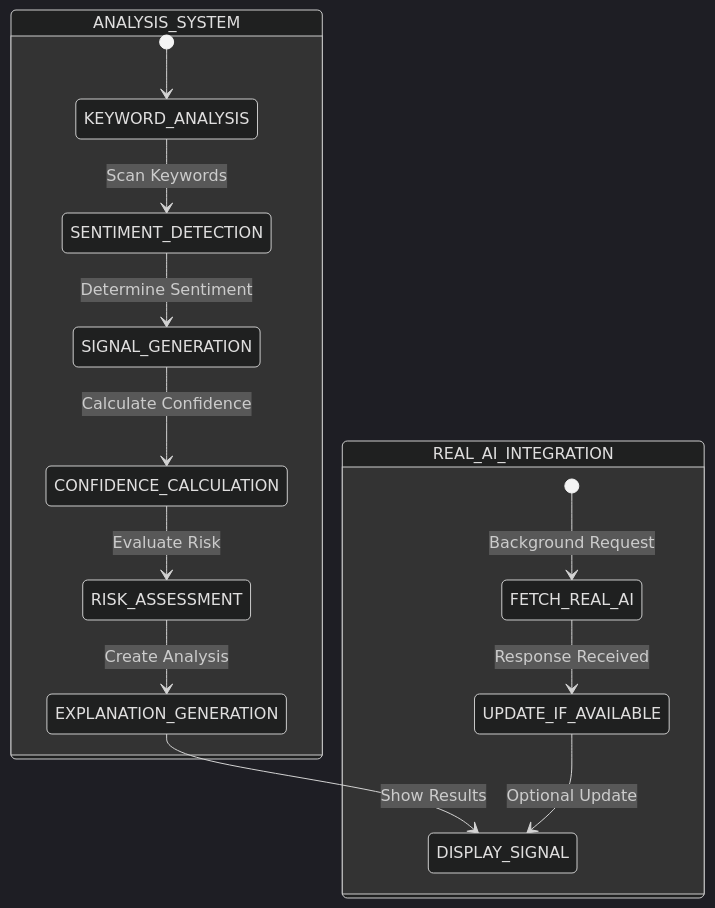
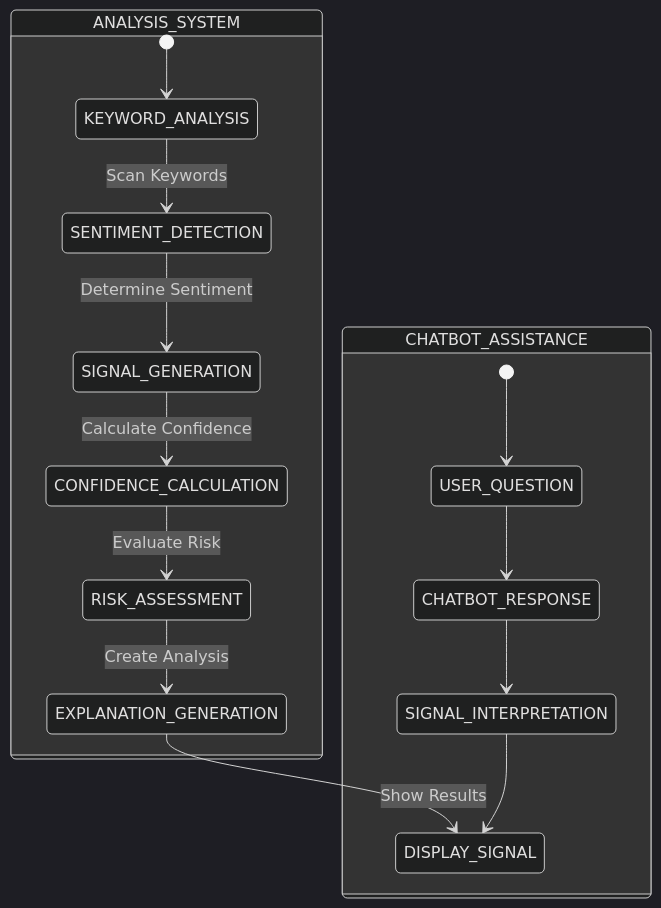
The fourth of 6 diagrams in .qoder/repowiki/en/content/User Interface Components.md (ayushtiwari1526/TheReinforcers_AyushTiwari), drawn with Mermaid (dark theme) before and after one commit. The commit also changed other lines of this file and 9 other files, not shown here.

````diff
--- a/.qoder/repowiki/en/content/User Interface Components.md
+++ b/.qoder/repowiki/en/content/User Interface Components.md
@@ -170,17 +215,18 @@
 ```mermaid
 stateDiagram-v2
 state ANALYSIS_SYSTEM {
 [*] --> KEYWORD_ANALYSIS
 KEYWORD_ANALYSIS --> SENTIMENT_DETECTION : Scan Keywords
 SENTIMENT_DETECTION --> SIGNAL_GENERATION : Determine Sentiment
 SIGNAL_GENERATION --> CONFIDENCE_CALCULATION : Calculate Confidence
 CONFIDENCE_CALCULATION --> RISK_ASSESSMENT : Evaluate Risk
 RISK_ASSESSMENT --> EXPLANATION_GENERATION : Create Analysis
 EXPLANATION_GENERATION --> DISPLAY_SIGNAL : Show Results
 }
-state REAL_AI_INTEGRATION {
-[*] --> FETCH_REAL_AI : Background Request
-FETCH_REAL_AI --> UPDATE_IF_AVAILABLE : Response Received
-UPDATE_IF_AVAILABLE --> DISPLAY_SIGNAL : Optional Update
+state CHATBOT_ASSISTANCE {
+[*] --> USER_QUESTION
+USER_QUESTION --> CHATBOT_RESPONSE
+CHATBOT_RESPONSE --> SIGNAL_INTERPRETATION
+SIGNAL_INTERPRETATION --> DISPLAY_SIGNAL
 }
 ```
````
